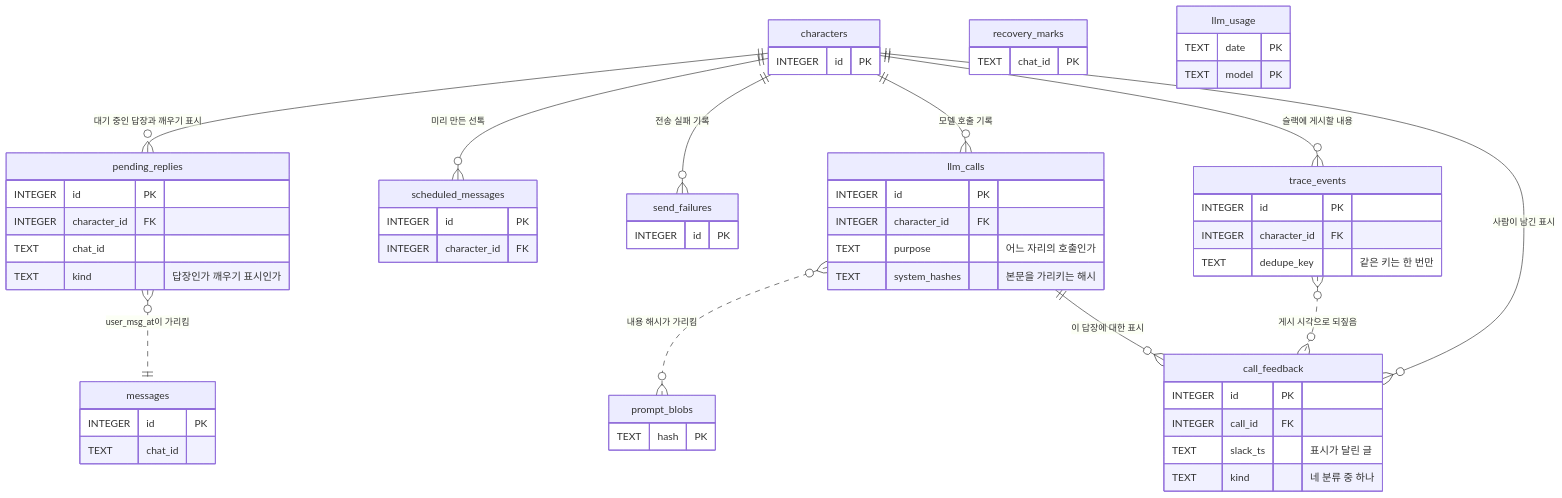
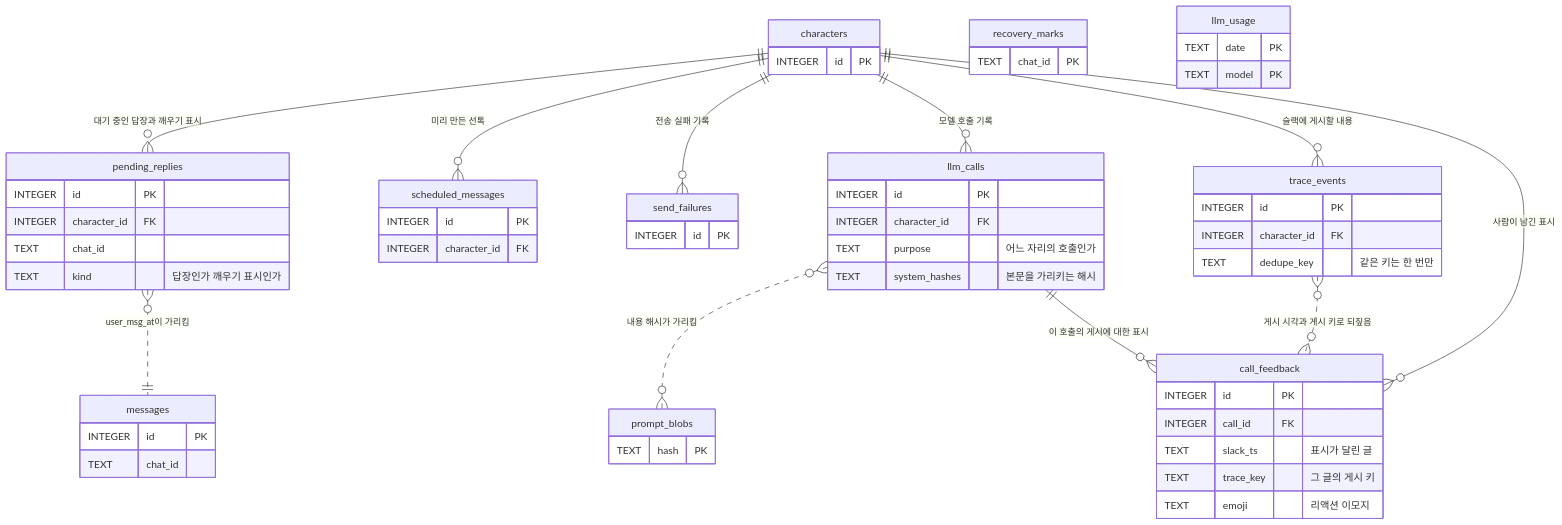
The third of 3 diagrams in erd.md (hyewon3938/random-ai-companion), drawn with Mermaid before and after one commit. The commit also changed other lines of this file and 31 other files, not shown here.

````diff
--- a/erd.md
+++ b/erd.md
@@ -484,61 +484,62 @@
 ```mermaid
 erDiagram
     characters ||--o{ pending_replies : "대기 중인 답장과 깨우기 표시"
     characters ||--o{ scheduled_messages : "미리 만든 선톡"
     characters ||--o{ send_failures : "전송 실패 기록"
     characters ||--o{ llm_calls : "모델 호출 기록"
     characters ||--o{ trace_events : "슬랙에 게시할 내용"
     characters ||--o{ call_feedback : "사람이 남긴 표시"
     pending_replies }o..|| messages : "user_msg_at이 가리킴"
     llm_calls }o..o{ prompt_blobs : "내용 해시가 가리킴"
-    llm_calls ||--o{ call_feedback : "이 답장에 대한 표시"
-    trace_events }o..o{ call_feedback : "게시 시각으로 되짚음"
+    llm_calls ||--o{ call_feedback : "이 호출의 게시에 대한 표시"
+    trace_events }o..o{ call_feedback : "게시 시각과 게시 키로 되짚음"
 
     characters {
         INTEGER id PK
     }
     messages {
         INTEGER id PK
         TEXT chat_id
     }
     pending_replies {
         INTEGER id PK
         INTEGER character_id FK
         TEXT chat_id
         TEXT kind "답장인가 깨우기 표시인가"
     }
     scheduled_messages {
         INTEGER id PK
         INTEGER character_id FK
     }
     recovery_marks {
         TEXT chat_id PK
     }
     send_failures {
         INTEGER id PK
     }
     llm_usage {
         TEXT date PK
         TEXT model PK
     }
     llm_calls {
         INTEGER id PK
         INTEGER character_id FK
         TEXT purpose "어느 자리의 호출인가"
         TEXT system_hashes "본문을 가리키는 해시"
     }
     prompt_blobs {
         TEXT hash PK
     }
     trace_events {
         INTEGER id PK
         INTEGER character_id FK
         TEXT dedupe_key "같은 키는 한 번만"
     }
     call_feedback {
         INTEGER id PK
         INTEGER call_id FK
         TEXT slack_ts "표시가 달린 글"
-        TEXT kind "네 분류 중 하나"
+        TEXT trace_key "그 글의 게시 키"
+        TEXT emoji "리액션 이모지"
     }
 ```
````
